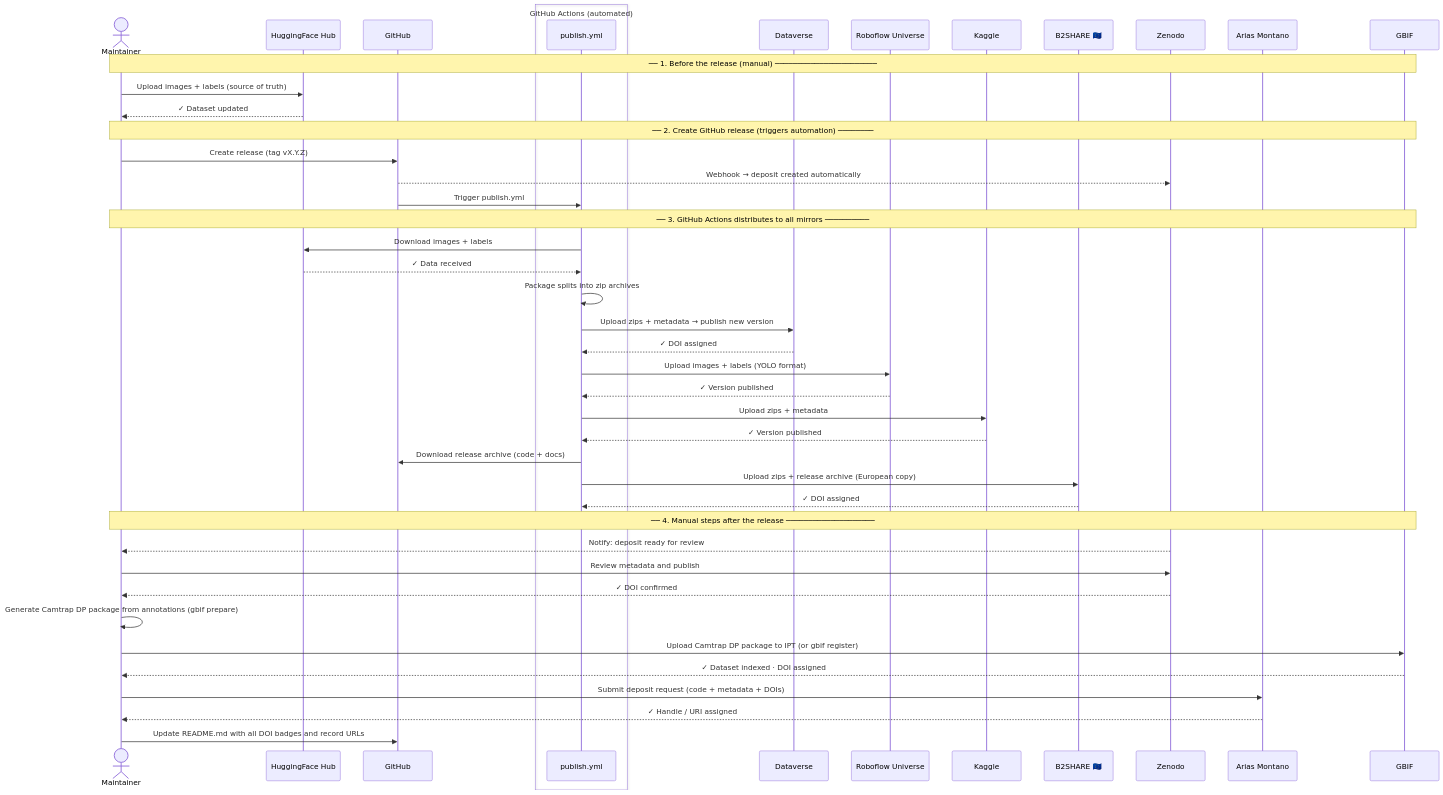
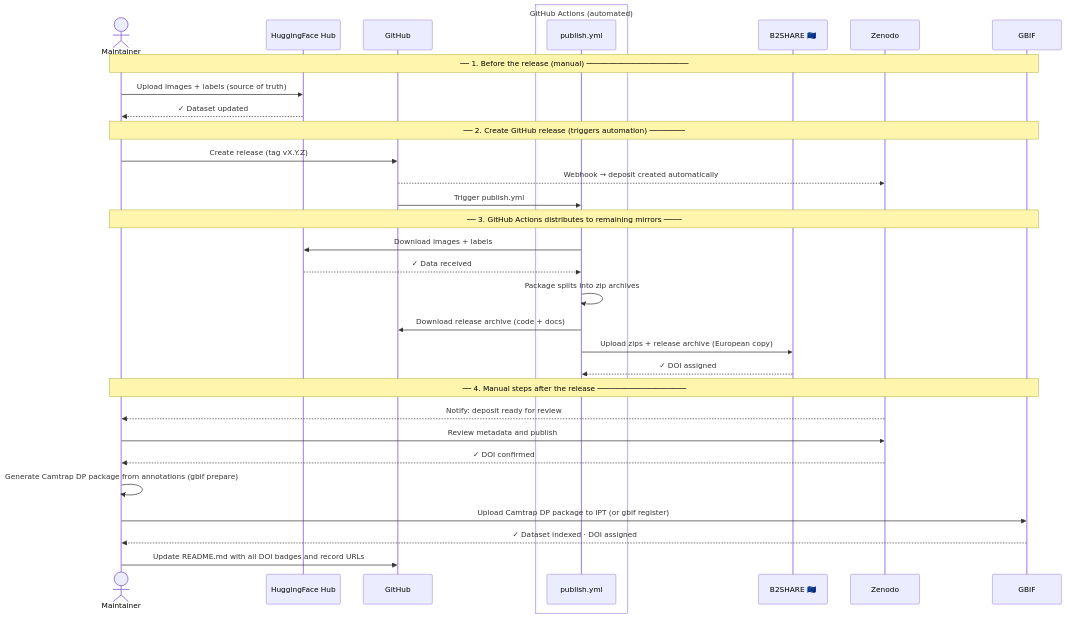
Before and after one commit to wildintelproject/donadataset: the second of 2 diagrams in docs/publishing-guide.md, drawn with Mermaid. The commit also changed other lines of this file and 20 other files, not shown here.

````diff
--- a/docs/publishing-guide.md
+++ b/docs/publishing-guide.md
@@ -534,57 +230,44 @@
 ```mermaid
 sequenceDiagram
     actor M as Maintainer
     participant HF as HuggingFace Hub
     participant GH as GitHub
     box GitHub Actions (automated)
         participant GA as publish.yml
     end
-    participant DV as Dataverse
-    participant RF as Roboflow Universe
-    participant KG as Kaggle
     participant B2 as B2SHARE 🇪🇺
     participant ZN as Zenodo
-    participant AM as Arias Montano
     participant GB as GBIF
 
     note over M,GB: ── 1. Before the release (manual) ───────────────────────
 
     M->>HF: Upload images + labels (source of truth)
     HF-->>M: ✓ Dataset updated
 
     note over M,GB: ── 2. Create GitHub release (triggers automation) ────────
 
     M->>GH: Create release (tag vX.Y.Z)
     GH-->>ZN: Webhook → deposit created automatically
     GH->>GA: Trigger publish.yml
 
-    note over M,GB: ── 3. GitHub Actions distributes to all mirrors ──────────
+    note over M,GB: ── 3. GitHub Actions distributes to remaining mirrors ────
 
     GA->>HF: Download images + labels
     HF-->>GA: ✓ Data received
     GA->>GA: Package splits into zip archives
-    GA->>DV: Upload zips + metadata → publish new version
-    DV-->>GA: ✓ DOI assigned
-    GA->>RF: Upload images + labels (YOLO format)
-    RF-->>GA: ✓ Version published
-    GA->>KG: Upload zips + metadata
-    KG-->>GA: ✓ Version published
     GA->>GH: Download release archive (code + docs)
     GA->>B2: Upload zips + release archive (European copy)
     B2-->>GA: ✓ DOI assigned
 
     note over M,GB: ── 4. Manual steps after the release ────────────────────
 
     ZN-->>M: Notify: deposit ready for review
     M->>ZN: Review metadata and publish
     ZN-->>M: ✓ DOI confirmed
 
     M->>M: Generate Camtrap DP package from annotations (gbif prepare)
     M->>GB: Upload Camtrap DP package to IPT (or gbif register)
     GB-->>M: ✓ Dataset indexed · DOI assigned
 
-    M->>AM: Submit deposit request (code + metadata + DOIs)
-    AM-->>M: ✓ Handle / URI assigned
-
     M->>GH: Update README.md with all DOI badges and record URLs
 ```
````
